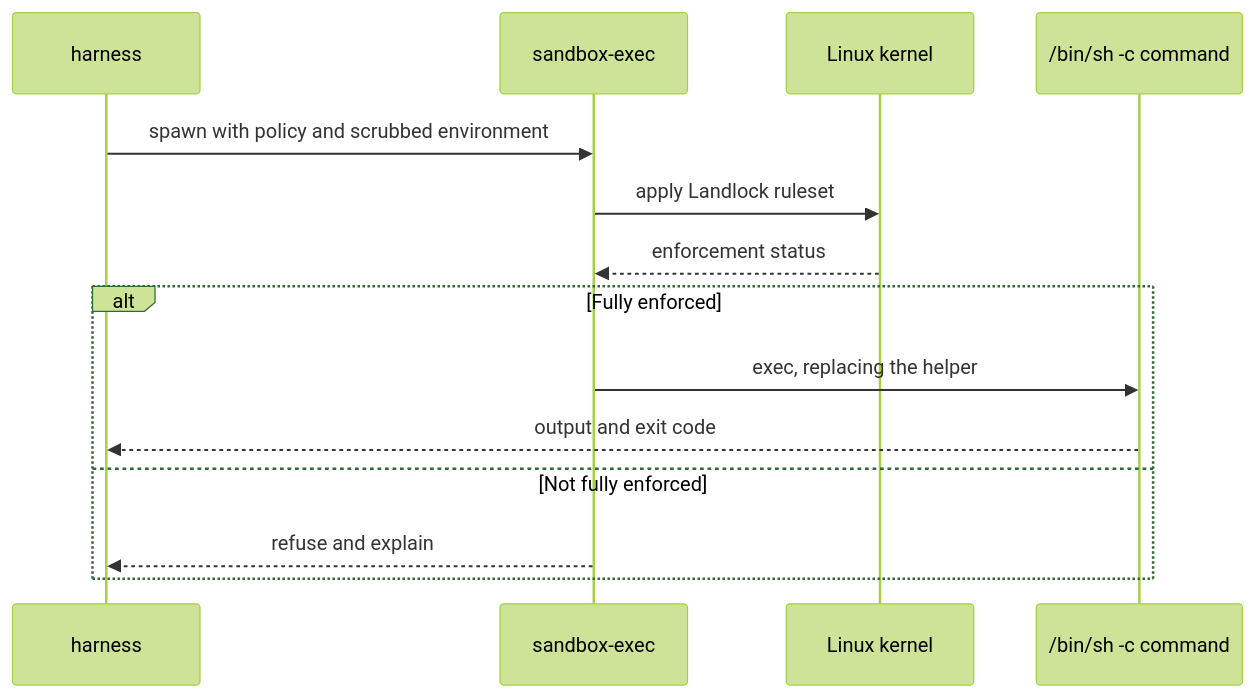
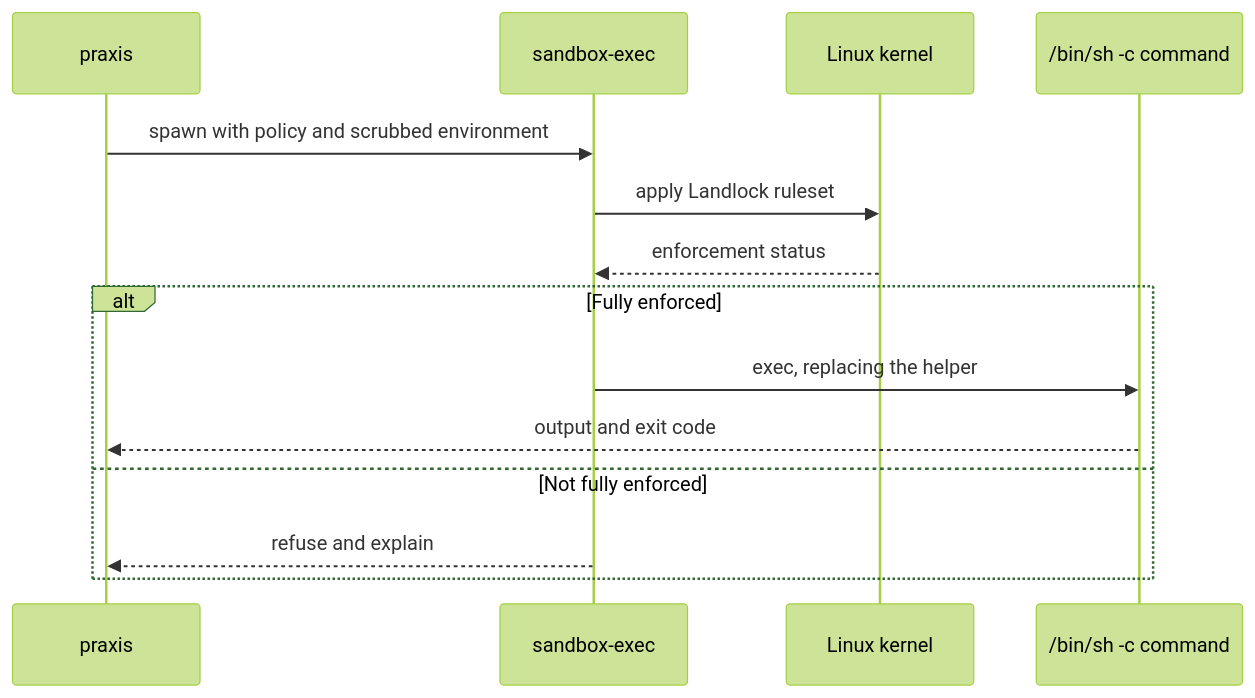
One commit to fzzinchemical/Praxis changed the tenth of 12 diagrams in docs/SPEC.md. Above: the diagram before and after it, drawn with Mermaid (forest theme). The commit also changed other lines of this file and 318 other files, not shown here.

First line of the commit message:
refactor!: rename harness to praxis

````diff
--- a/docs/SPEC.md
+++ b/docs/SPEC.md
@@ -679,17 +679,17 @@
 ```mermaid
 sequenceDiagram
-    participant H as harness
+    participant H as praxis
     participant S as sandbox-exec
     participant K as Linux kernel
     participant C as /bin/sh -c command
 
     H->>S: spawn with policy and scrubbed environment
     S->>K: apply Landlock ruleset
     K-->>S: enforcement status
     alt Fully enforced
         S->>C: exec, replacing the helper
         C-->>H: output and exit code
     else Not fully enforced
         S-->>H: refuse and explain
     end
 ```
````
